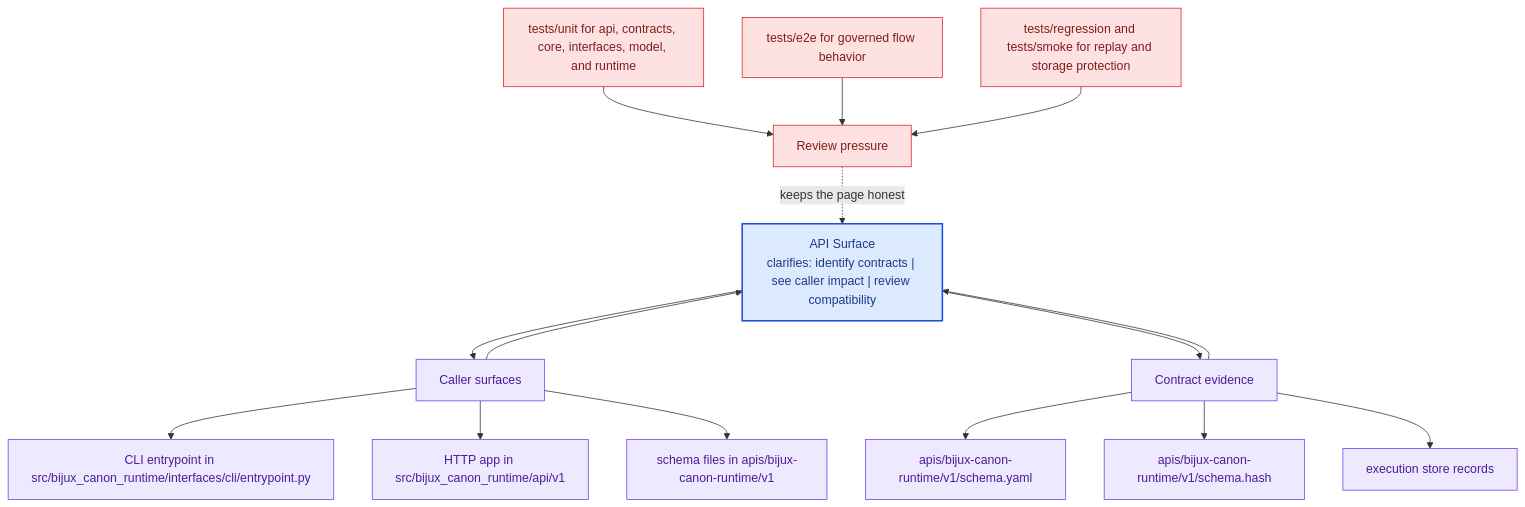
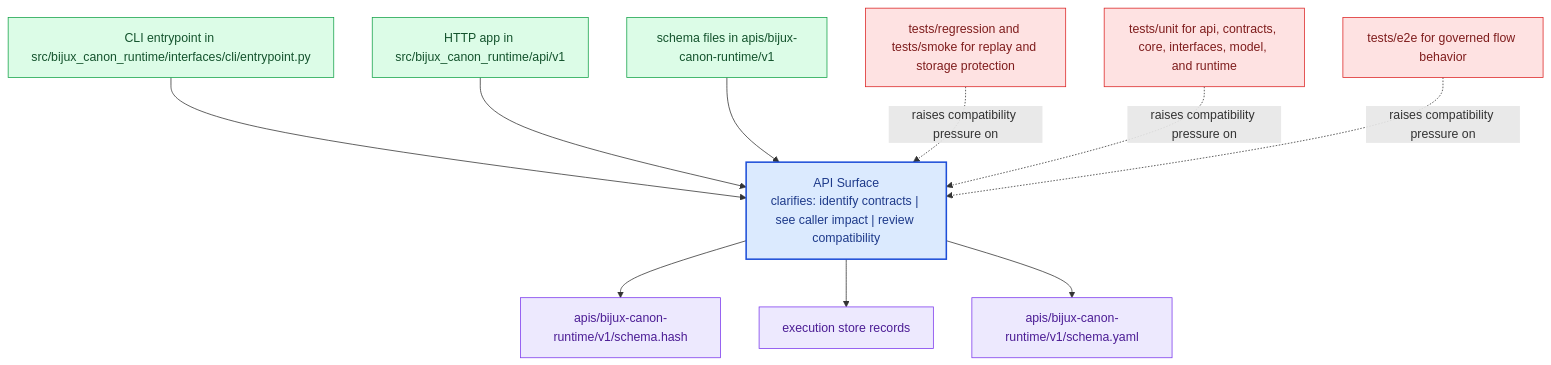
The diagram in docs/bijux-canon-runtime/interfaces/api-surface.md (bijux/bijux-canon), drawn with Mermaid before and after one commit. The commit also changed other lines of this file and 281 other files, not shown here.

Commit message:
docs(diagrams): replace repeated mermaid scaffolds with page-specific summaries

````diff
--- a/docs/bijux-canon-runtime/interfaces/api-surface.md
+++ b/docs/bijux-canon-runtime/interfaces/api-surface.md
@@ -68,41 +23,31 @@
 ```mermaid
 flowchart TB
-    promise["API Surface<br/>clarifies: identify contracts | see caller impact | review compatibility"]
-    classDef promise fill:#dbeafe,stroke:#1d4ed8,color:#1e3a8a,stroke-width:2px;
-    classDef driver fill:#dcfce7,stroke:#16a34a,color:#14532d;
-    classDef constraint fill:#fee2e2,stroke:#dc2626,color:#7f1d1d;
-    classDef ground fill:#ede9fe,stroke:#7c3aed,color:#4c1d95;
-    focus1["Caller surfaces"]
-    focus1 --> promise
-    promise --> focus1
-    focus1_1["CLI entrypoint in src/bijux_canon_runtime/interfaces/cli/entrypoint.py"]
-    focus1 --> focus1_1
-    focus1_2["HTTP app in src/bijux_canon_runtime/api/v1"]
-    focus1 --> focus1_2
-    focus1_3["schema files in apis/bijux-canon-runtime/v1"]
-    focus1 --> focus1_3
-    class focus1 ground;
-    class focus1_1,focus1_2,focus1_3 ground;
-    focus2["Contract evidence"]
-    focus2 --> promise
-    promise --> focus2
-    focus2_1["apis/bijux-canon-runtime/v1/schema.yaml"]
-    focus2 --> focus2_1
-    focus2_2["apis/bijux-canon-runtime/v1/schema.hash"]
-    focus2 --> focus2_2
-    focus2_3["execution store records"]
-    focus2 --> focus2_3
-    class focus2 ground;
-    class focus2_1,focus2_2,focus2_3 ground;
-    focus3["Review pressure"]
-    focus3 -.keeps the page honest.-> promise
-    focus3_1["tests/unit for api, contracts, core, interfaces, model, and runtime"]
-    focus3_1 --> focus3
-    focus3_2["tests/e2e for governed flow behavior"]
-    focus3_2 --> focus3
-    focus3_3["tests/regression and tests/smoke for replay and storage protection"]
-    focus3_3 --> focus3
-    class focus3 constraint;
-    class focus3_1,focus3_2,focus3_3 constraint;
-    class promise promise;
+    page["API Surface<br/>clarifies: identify contracts | see caller impact | review compatibility"]
+    classDef page fill:#dbeafe,stroke:#1d4ed8,color:#1e3a8a,stroke-width:2px;
+    classDef positive fill:#dcfce7,stroke:#16a34a,color:#14532d;
+    classDef caution fill:#fee2e2,stroke:#dc2626,color:#7f1d1d;
+    classDef anchor fill:#ede9fe,stroke:#7c3aed,color:#4c1d95;
+    classDef action fill:#fef3c7,stroke:#d97706,color:#7c2d12;
+    surface1["CLI entrypoint in src/bijux_canon_runtime/interfaces/cli/entrypoint.py"]
+    surface1 --> page
+    surface2["HTTP app in src/bijux_canon_runtime/api/v1"]
+    surface2 --> page
+    surface3["schema files in apis/bijux-canon-runtime/v1"]
+    surface3 --> page
+    proof1["apis/bijux-canon-runtime/v1/schema.hash"]
+    page --> proof1
+    proof2["execution store records"]
+    page --> proof2
+    proof3["apis/bijux-canon-runtime/v1/schema.yaml"]
+    page --> proof3
+    review1["tests/regression and tests/smoke for replay and storage protection"]
+    review1 -.raises compatibility pressure on.-> page
+    review2["tests/unit for api, contracts, core, interfaces, model, and runtime"]
+    review2 -.raises compatibility pressure on.-> page
+    review3["tests/e2e for governed flow behavior"]
+    review3 -.raises compatibility pressure on.-> page
+    class page page;
+    class surface1,surface2,surface3 positive;
+    class proof1,proof2,proof3 anchor;
+    class review1,review2,review3 caution;
 ```
````
